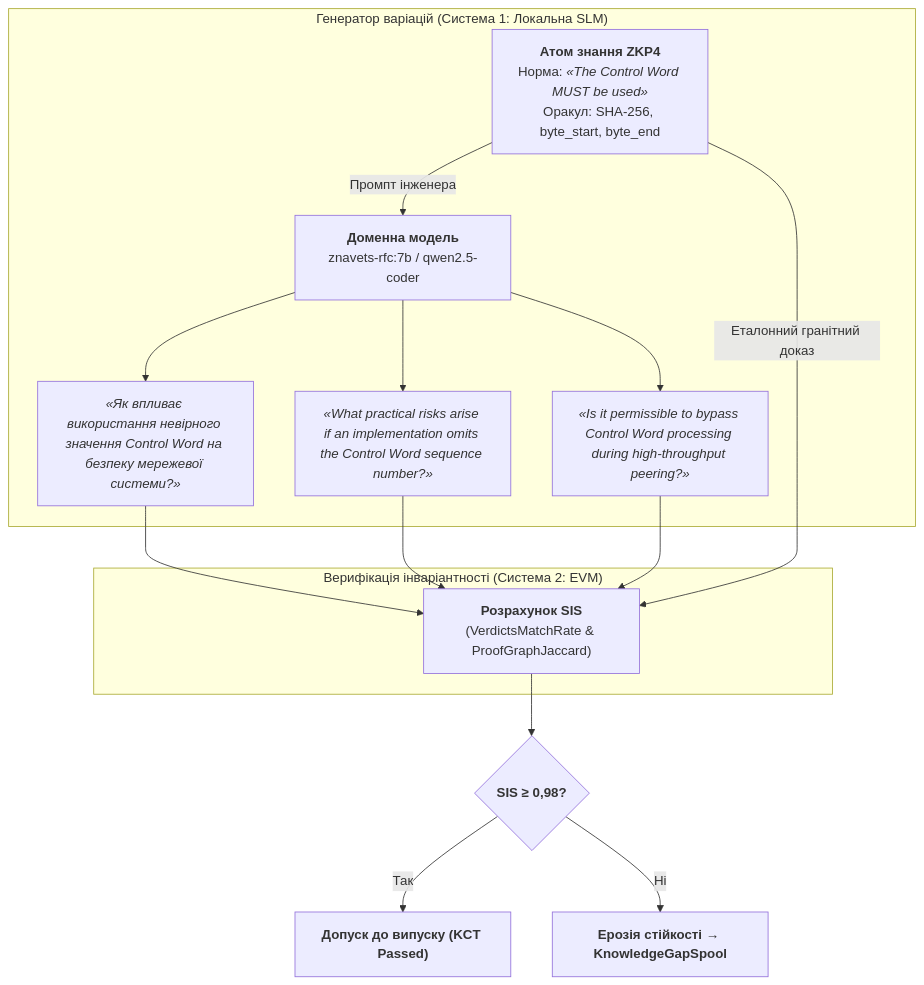
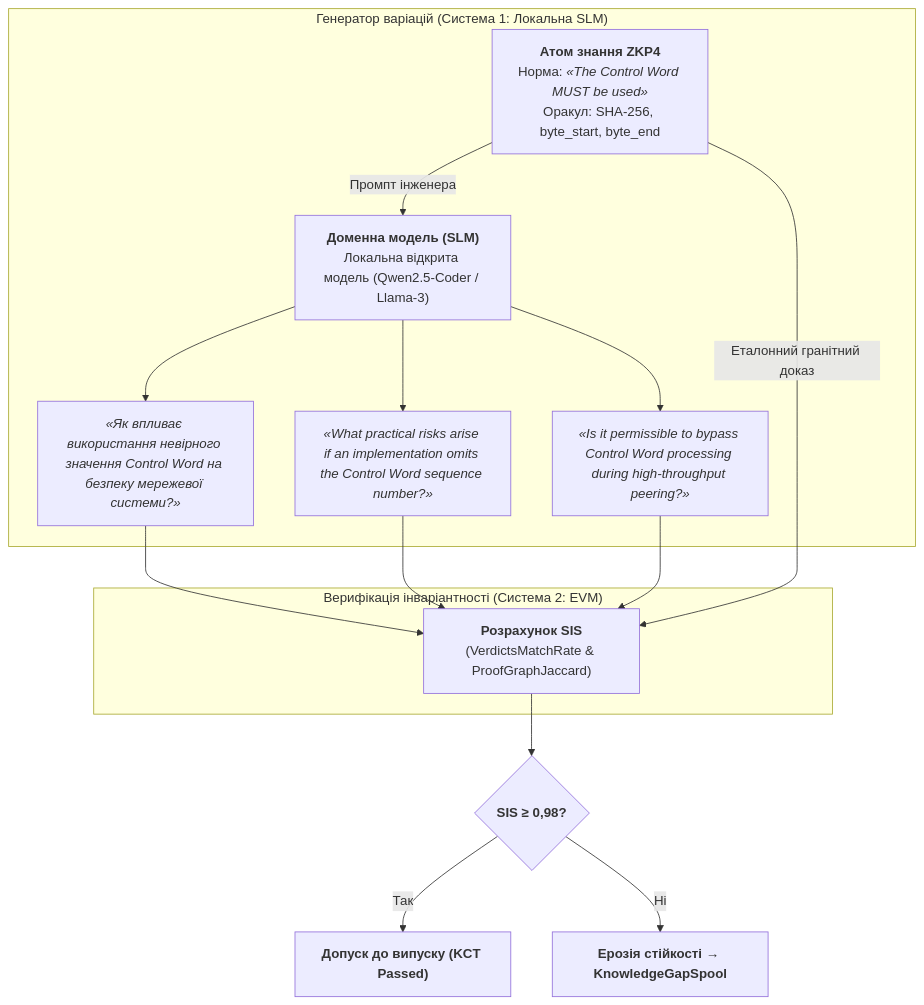
The sixth of 7 diagrams in ExpertSystem/ch36-knowledge-testing-pyramid-and-variational-calibration.md (nick-fedchik/articles), drawn with Mermaid before and after one commit. The commit also changed other lines of this file, not shown here.

````diff
--- a/ExpertSystem/ch36-knowledge-testing-pyramid-and-variational-calibration.md
+++ b/ExpertSystem/ch36-knowledge-testing-pyramid-and-variational-calibration.md
@@ -317,25 +333,25 @@
 ```mermaid
 flowchart TD
     accTitle: Нейро-символічна генерація простору збурень SIS
     accDescr: Локальна доменна SLM генерує мовні варіації навколо атома знання для обчислення SIS.
 
     ATOM["<b>Атом знання ZKP4</b><br/>Норма: <i>«The Control Word MUST be used»</i><br/>Оракул: SHA-256, byte_start, byte_end"]
     
     subgraph "Генератор варіацій (Система 1: Локальна SLM)"
-        ATOM -->|Промпт інженера| SLM["<b>Доменна модель</b><br/>znavets-rfc:7b / qwen2.5-coder"]
+        ATOM -->|Промпт інженера| SLM["<b>Доменна модель (SLM)</b><br/>Локальна відкрита модель (Qwen2.5-Coder / Llama-3)"]
         SLM --> V1["<i>«Як впливає використання невірного значення Control Word на безпеку мережевої системи?»</i>"]
         SLM --> V2["<i>«What practical risks arise if an implementation omits the Control Word sequence number?»</i>"]
         SLM --> V3["<i>«Is it permissible to bypass Control Word processing during high-throughput peering?»</i>"]
     end
 
     subgraph "Верифікація інваріантності (Система 2: EVM)"
         V1 --> SIS_CALC["<b>Розрахунок SIS</b><br/>(VerdictsMatchRate & ProofGraphJaccard)"]
         V2 --> SIS_CALC
         V3 --> SIS_CALC
         ATOM -->|Еталонний гранітний доказ| SIS_CALC
     end
 
     SIS_CALC --> VERDICT{"<b>SIS &ge; 0,98?</b>"}
     VERDICT -->|Так| PASS["<b>Допуск до випуску (KCT Passed)</b>"]
     VERDICT -->|Ні| FAIL["<b>Ерозія стійкості &rarr; KnowledgeGapSpool</b>"]
 ```
````
